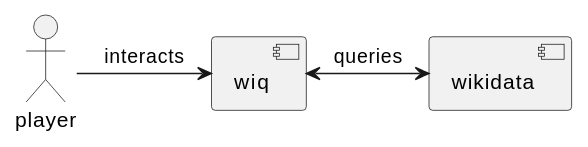
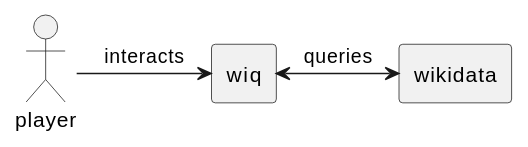
The first of 2 diagrams in docs/src/03_system_scope_and_context.adoc (angelalvaigle/wiq_uo17919), drawn with PlantUML before and after one commit. The commit also changed 4 other files, not shown here.

```diff
--- a/docs/src/03_system_scope_and_context.adoc
+++ b/docs/src/03_system_scope_and_context.adoc
@@ -7,9 +7,9 @@
 [plantuml, "business_context", svg]
 ----
 actor player
-component wiq as "wiq"
-component wikidata as "wikidata"
+rectangle wiq as "wiq"
+rectangle wikidata as "wikidata"
 
 player -right-> wiq: interacts
 wiq <-right-> wikidata: queries
 ----
```
